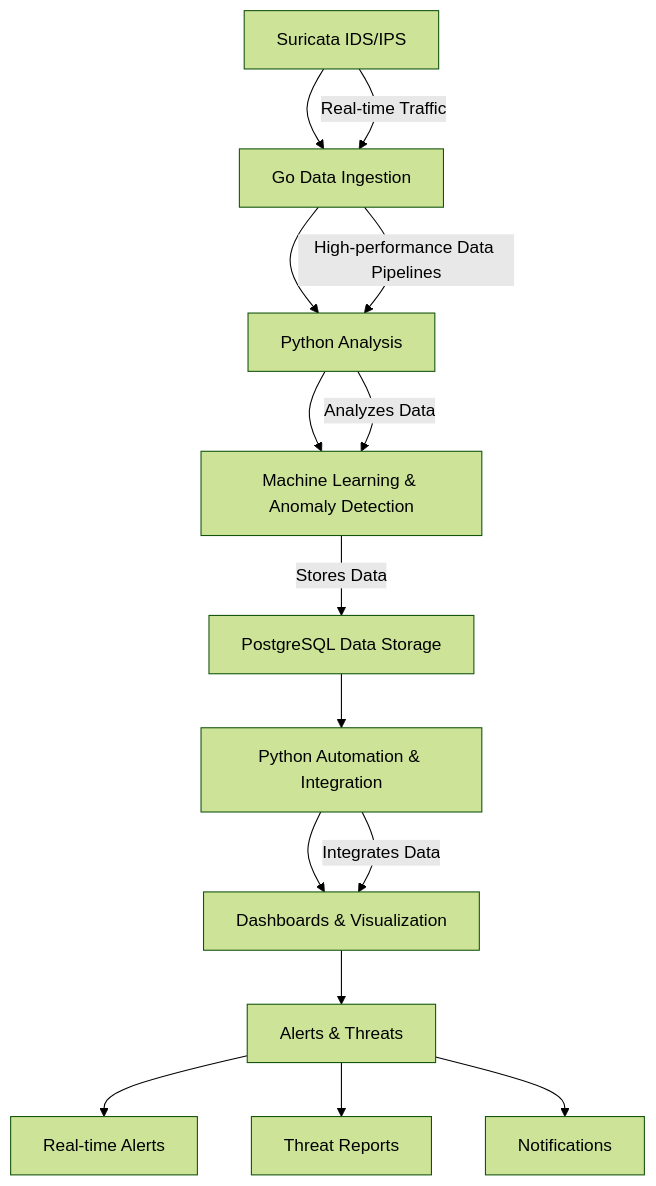
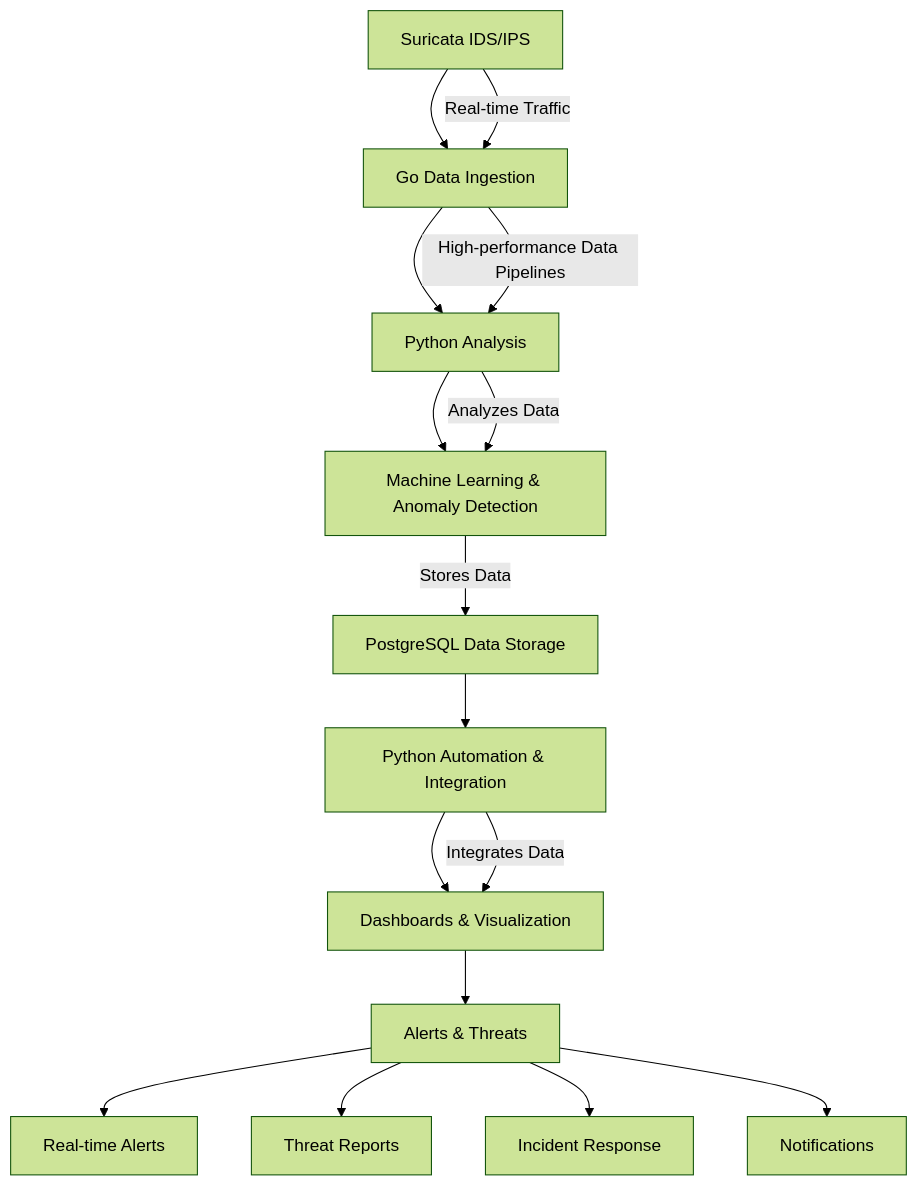
The diagram in README.md (thrive-spectrexq/NexDefend), drawn with Mermaid (forest theme) before and after one commit. The commit also changed other lines of this file, not shown here.

````diff
--- a/README.md
+++ b/README.md
@@ -7,17 +7,18 @@
 ```mermaid
 graph TD;
     A[Suricata IDS/IPS] --> B[Go Data Ingestion];
     B --> C[Python Analysis];
     C --> D[Machine Learning & Anomaly Detection];
     A -->|Real-time Traffic| B;
     B -->|High-performance Data Pipelines| C;
     C -->|Analyzes Data| D;
     E[PostgreSQL Data Storage] --> F[Python Automation & Integration];
     F --> G[Dashboards & Visualization];
     G --> H[Alerts & Threats];
     H --> I[Real-time Alerts];
     H --> J[Threat Reports];
+    H --> L[Incident Response];
     H --> K[Notifications];
     D -->|Stores Data| E;
     F -->|Integrates Data| G;
 ```
````
